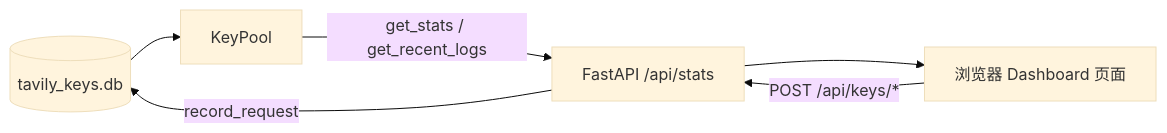
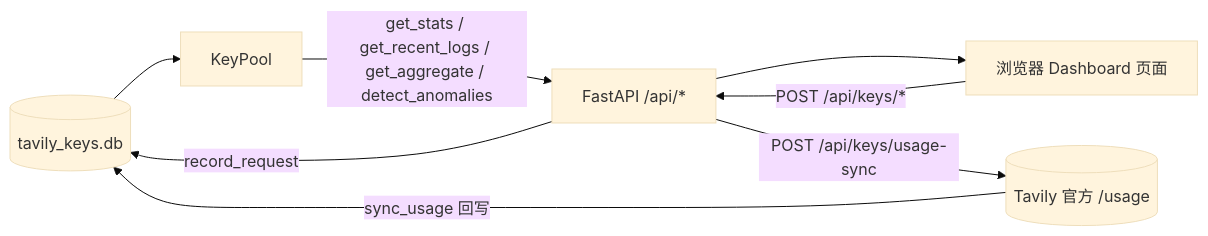
One commit to zylyes/tavily-key changed the third of 3 diagrams in docs/wiki/核心功能/用量追踪与日志.md. Above: the diagram before and after it, drawn with Mermaid (base theme). The commit also changed other lines of this file and 16 other files, not shown here.

````diff
--- a/docs/wiki/核心功能/用量追踪与日志.md
+++ b/docs/wiki/核心功能/用量追踪与日志.md
@@ -301,8 +440,10 @@
 ```mermaid
 flowchart LR
     DB[(tavily_keys.db)] --> KP[KeyPool]
-    KP -->|get_stats / get_recent_logs| API[FastAPI /api/stats]
+    KP -->|get_stats / get_recent_logs / get_aggregate / detect_anomalies| API[FastAPI /api/*]
     API --> WEB[浏览器 Dashboard 页面]
     WEB -->|POST /api/keys/*| API
     API -->|record_request| DB
+    API -->|POST /api/keys/usage-sync| TAV[(Tavily 官方 /usage)]
+    TAV -->|sync_usage 回写| DB
 ```
````
